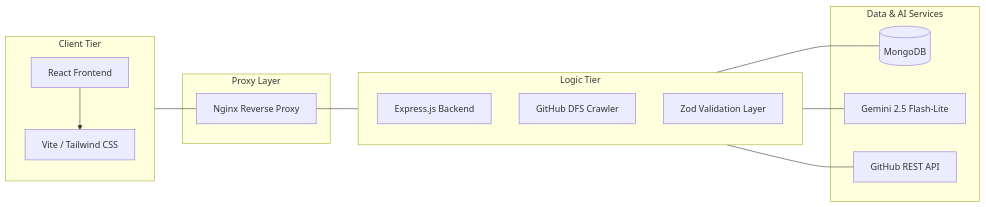
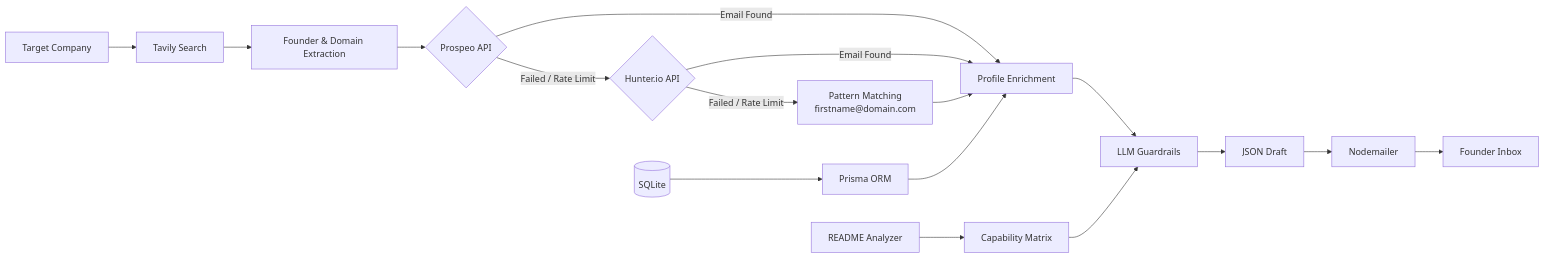
One commit to kartikmawani/Open-Source-helper changed the diagram in README.md. Above: the diagram before and after it, drawn with Mermaid. The commit also changed other lines of this file, not shown here.

````diff
--- a/README.md
+++ b/README.md
@@ -22,28 +19,29 @@
-```mermaid
-graph LR
-    subgraph Client_Tier [Client Tier]
-        A[React Frontend] --> B[Vite / Tailwind CSS]
-    end
+ ```mermaid
+flowchart LR
 
-    subgraph Proxy_Layer [Proxy Layer]
-        C[Nginx Reverse Proxy]
-    end
+    A[Target Company] --> B[Tavily Search]
+    B --> C[Founder & Domain Extraction]
 
-    subgraph Logic_Tier [Logic Tier]
-        D[Express.js Backend]
-        E[GitHub DFS Crawler]
-        F[Zod Validation Layer]
-    end
+    C --> D{Prospeo API}
 
-    subgraph Data_Services [Data & AI Services]
-        G[(MongoDB)]
-        H[Gemini 2.5 Flash-Lite]
-        I[GitHub REST API]
-    end
+    D -->|Email Found| G[Profile Enrichment]
+    D -->|Failed / Rate Limit| E{Hunter.io API}
 
-    Client_Tier --- C
-    C --- Logic_Tier
-    Logic_Tier --- G
-    Logic_Tier --- H
-    Logic_Tier --- I
+    E -->|Email Found| G
+    E -->|Failed / Rate Limit| F[Pattern Matching<br/>firstname@domain.com]
+
+    F --> G
+
+    H[README Analyzer] --> I[Capability Matrix]
+
+    G --> J[LLM Guardrails]
+    I --> J
+
+    J --> K[JSON Draft]
+    K --> L[Nodemailer]
+    L --> M[Founder Inbox]
+
+    N[(SQLite)]
+    N --> O[Prisma ORM]
+    O --> G
 ```
````
